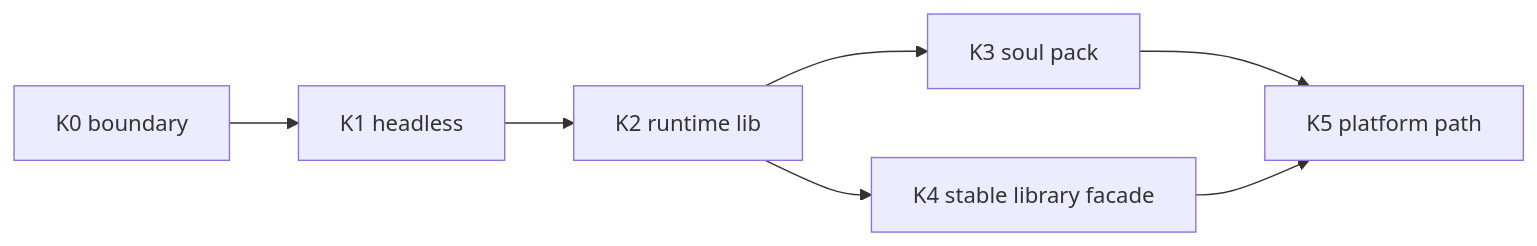
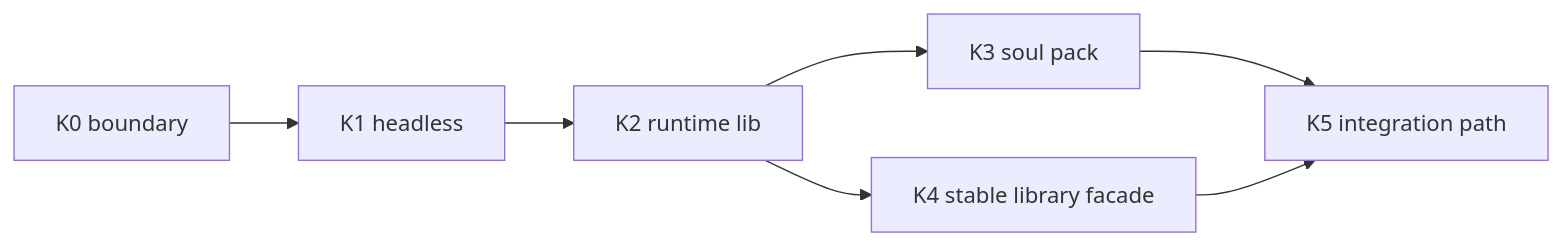
The diagram in creator-docs-en/getting-started/KERNEL_IMPLEMENTATION_PLAN.md (linkaiheng2233-cyber/oclivenewnew), drawn with Mermaid before and after one commit. The commit also changed other lines of this file and 231 other files, not shown here.

Commit message:
docs(architecture): align project around tool kernel

````diff
--- a/creator-docs-en/getting-started/KERNEL_IMPLEMENTATION_PLAN.md
+++ b/creator-docs-en/getting-started/KERNEL_IMPLEMENTATION_PLAN.md
@@ -24,9 +24,9 @@
 ```mermaid
 flowchart LR
   K0[K0 boundary] --> K1[K1 headless]
   K1 --> K2[K2 runtime lib]
   K2 --> K3[K3 soul pack]
   K2 --> K4[K4 stable library facade]
-  K3 --> K5[K5 platform path]
+  K3 --> K5[K5 integration path]
   K4 --> K5
 ```
````
